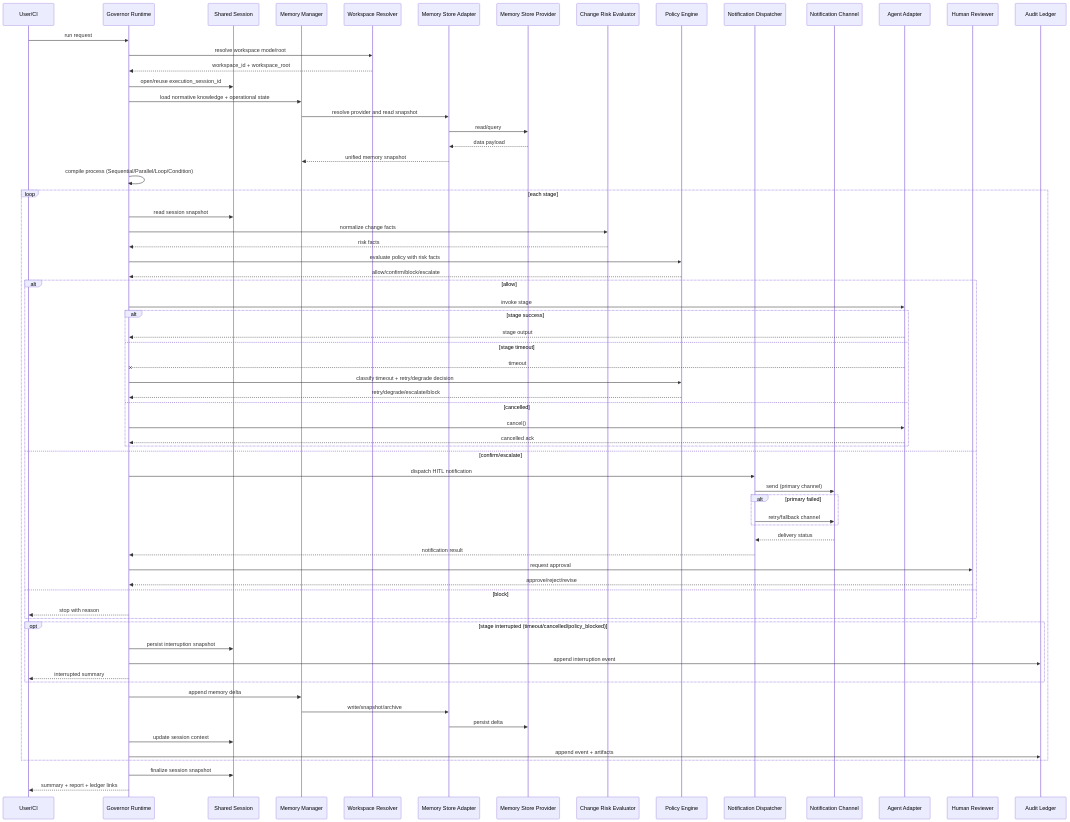
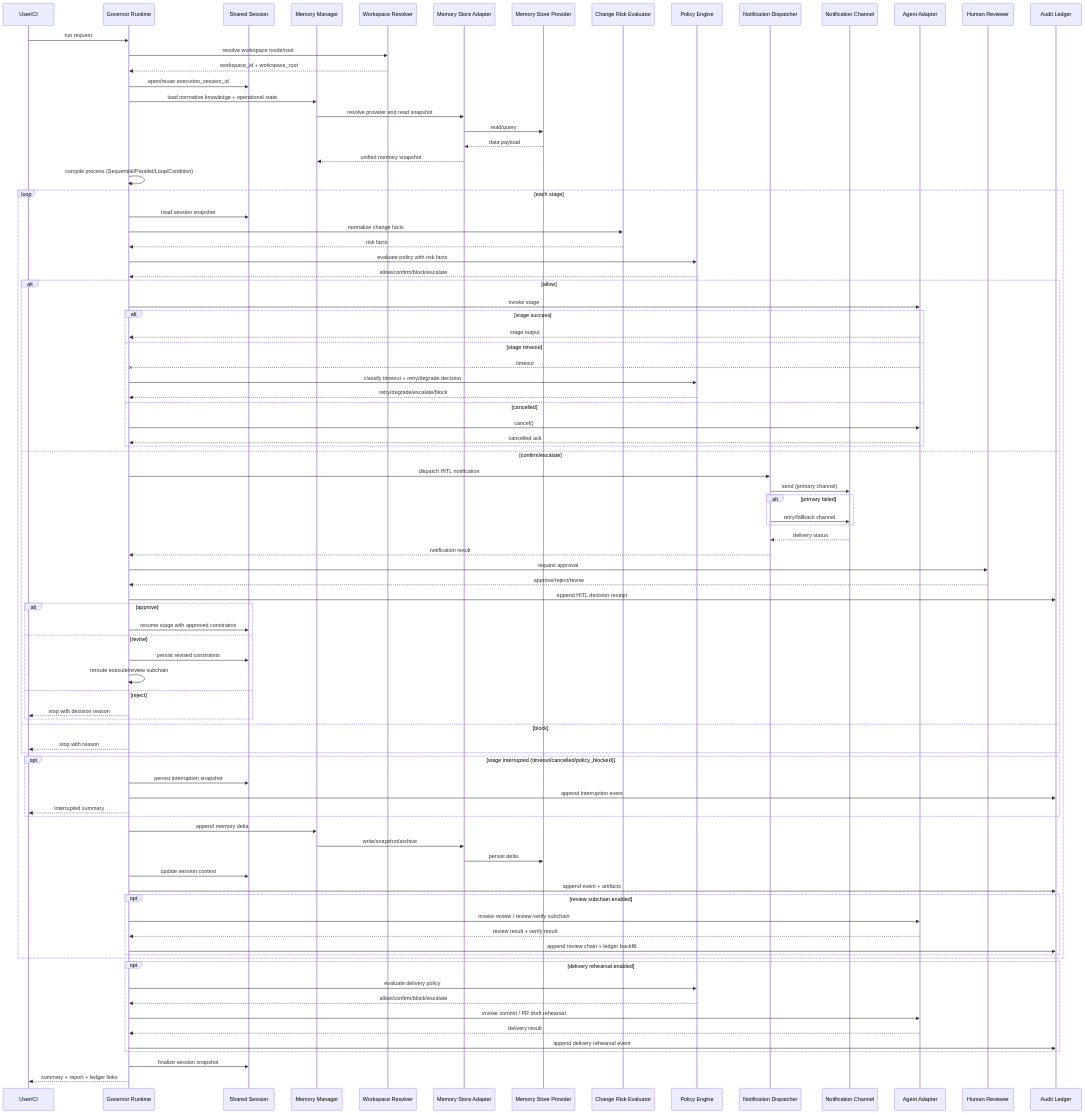
Before and after one commit to JimmyDaddy/repo-ai-governor: the second of 2 diagrams in .repo-ai-governor/normative_knowledge_sources/repo-ai-governor-architecture-and-repo-layering.md, drawn with Mermaid. The commit also changed other lines of this file and 38 other files, not shown here.

```diff
--- a/.repo-ai-governor/normative_knowledge_sources/repo-ai-governor-architecture-and-repo-layering.md
+++ b/.repo-ai-governor/normative_knowledge_sources/repo-ai-governor-architecture-and-repo-layering.md
@@ -188,6 +192,15 @@
       N-->>G: notification result
       G->>H: request approval
       H-->>G: approve/reject/revise
+      G->>L: append HITL decision receipt
+      alt approve
+        G->>S: resume stage with approved constraints
+      else revise
+        G->>S: persist revised constraints
+        G->>G: reroute execute/review subchain
+      else reject
+        G-->>U: stop with decision reason
+      end
     else block
       G-->>U: stop with reason
     end
@@ -201,6 +214,18 @@
     K->>T: persist delta
     G->>S: update session context
     G->>L: append event + artifacts
+    opt review subchain enabled
+      G->>A: invoke review / review-verify subchain
+      A-->>G: review result + verify result
+      G->>L: append review chain + ledger backfill
+    end
+  end
+  opt delivery rehearsal enabled
+    G->>P: evaluate delivery policy
+    P-->>G: allow/confirm/block/escalate
+    G->>A: invoke commit / PR draft rehearsal
+    A-->>G: delivery result
+    G->>L: append delivery rehearsal event
   end
   G->>S: finalize session snapshot
   G-->>U: summary + report + ledger links
```
